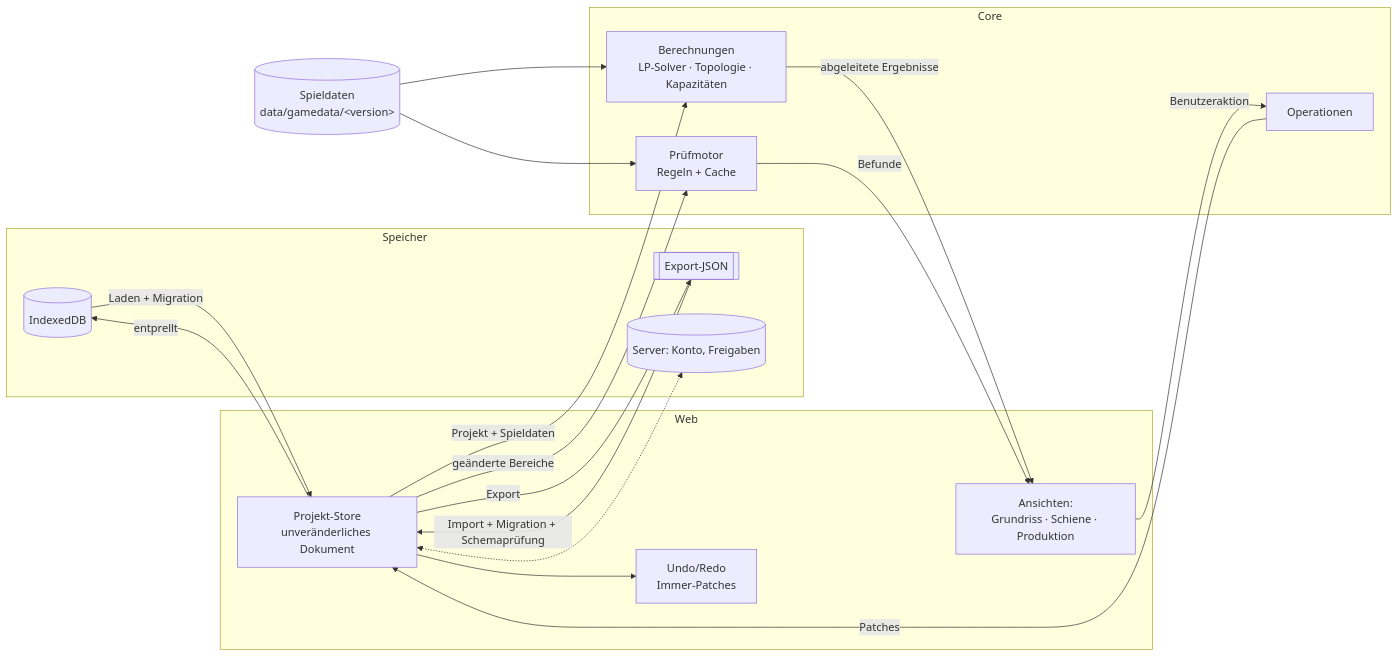
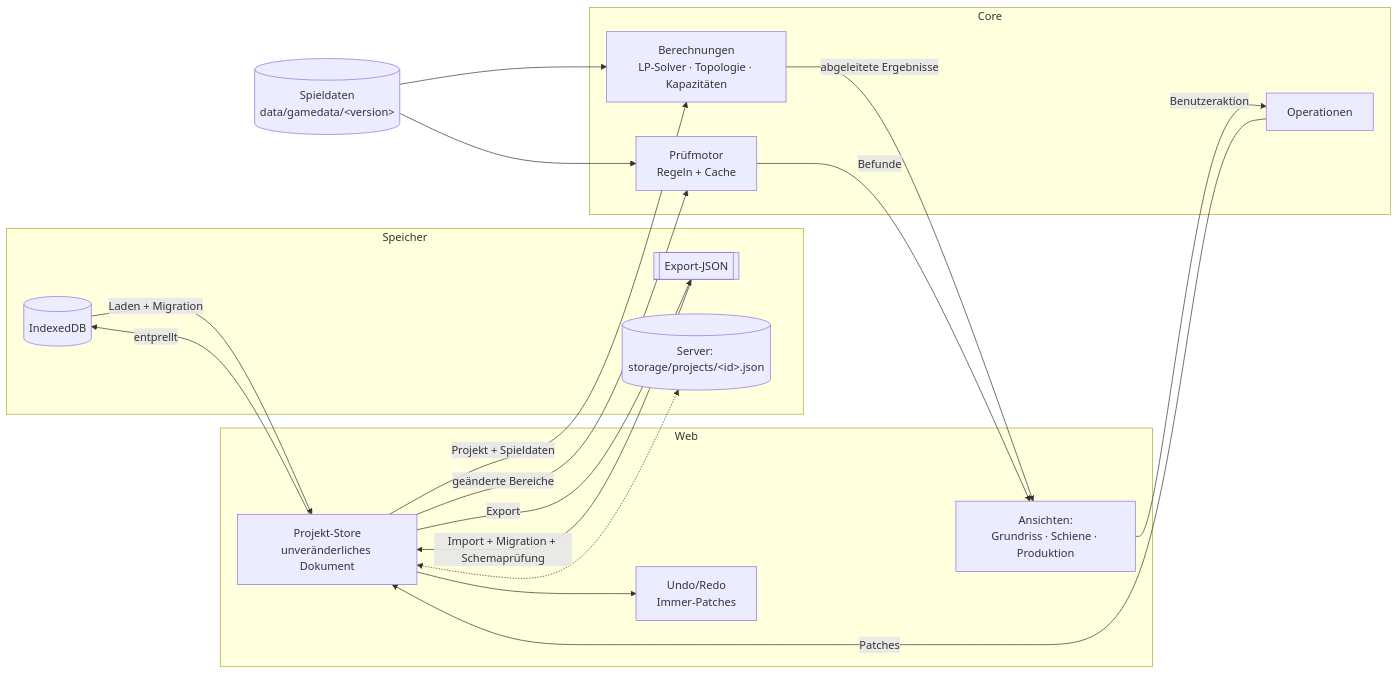
The diagram in docs/ARCHITEKTUR.md (Q0074313/Satisfactory-Planner), drawn with Mermaid before and after one commit. The commit also changed other lines of this file and 42 other files, not shown here.

````diff
--- a/docs/ARCHITEKTUR.md
+++ b/docs/ARCHITEKTUR.md
@@ -123,33 +122,33 @@
 ```mermaid
 flowchart LR
   subgraph Speicher
     IDB[(IndexedDB)]
     JSON[[Export-JSON]]
-    API[(Server: Konto, Freigaben)]
+    API[(Server: storage/projects/&lt;id&gt;.json)]
   end
   GD[(Spieldaten<br/>data/gamedata/&lt;version&gt;)]
   subgraph Web
     Store[Projekt-Store<br/>unveränderliches Dokument]
     Hist[Undo/Redo<br/>Immer-Patches]
     Views[Ansichten:<br/>Grundriss · Schiene · Produktion]
   end
   subgraph Core
     Ops[Operationen]
     Calc[Berechnungen<br/>LP-Solver · Topologie · Kapazitäten]
     Val[Prüfmotor<br/>Regeln + Cache]
   end
   Views -- Benutzeraktion --> Ops
   Ops -- Patches --> Store
   Store --> Hist
   Store -- Projekt + Spieldaten --> Calc
   Store -- geänderte Bereiche --> Val
   GD --> Calc
   GD --> Val
   Calc -- abgeleitete Ergebnisse --> Views
   Val -- Befunde --> Views
   Store -- entprellt --> IDB
   Store -- Export --> JSON
   JSON -- Import + Migration + Schemaprüfung --> Store
   IDB -- Laden + Migration --> Store
   Store <-.-> API
 ```
````
